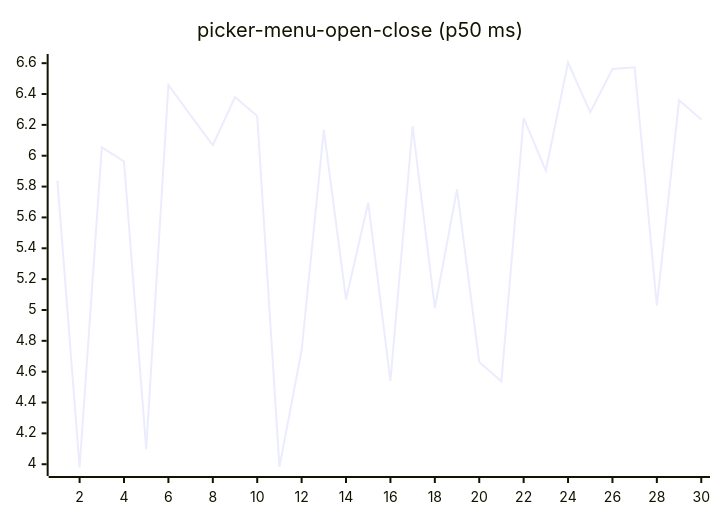
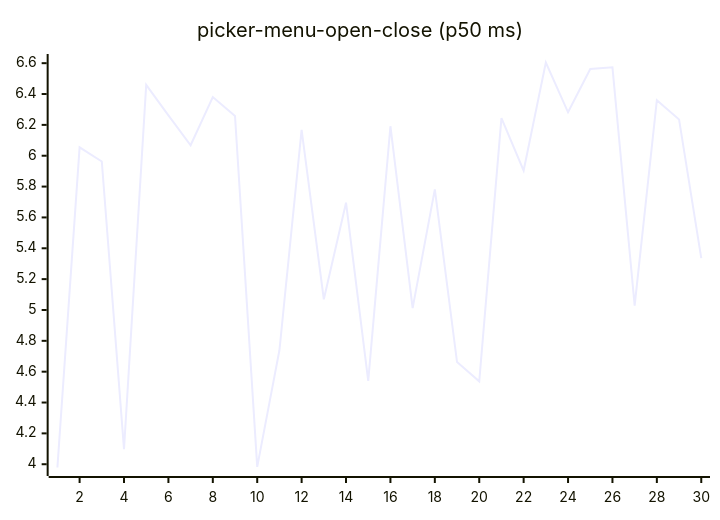
Diagram 16 of 27 in README.md (josha/Facet), drawn with Mermaid before and after one commit. The commit also changed other lines of this file and 2 other files, not shown here.

````diff
--- a/README.md
+++ b/README.md
@@ -168,6 +168,6 @@
 ```mermaid
 xychart-beta
     title "picker-menu-open-close (p50 ms)"
     x-axis 1 --> 30
-    line [5.8378, 3.9788, 6.0543, 5.9629, 4.0972, 6.4594, 6.2618, 6.0678, 6.3801, 6.2569, 3.9826, 4.7388, 6.1676, 5.0690, 5.6954, 4.5402, 6.1912, 5.0120, 5.7822, 4.6627, 4.5372, 6.2442, 5.9038, 6.6044, 6.2815, 6.5623, 6.5728, 5.0278, 6.3599, 6.2355]
+    line [3.9788, 6.0543, 5.9629, 4.0972, 6.4594, 6.2618, 6.0678, 6.3801, 6.2569, 3.9826, 4.7388, 6.1676, 5.0690, 5.6954, 4.5402, 6.1912, 5.0120, 5.7822, 4.6627, 4.5372, 6.2442, 5.9038, 6.6044, 6.2815, 6.5623, 6.5728, 5.0278, 6.3599, 6.2355, 5.3362]
 ```
````
